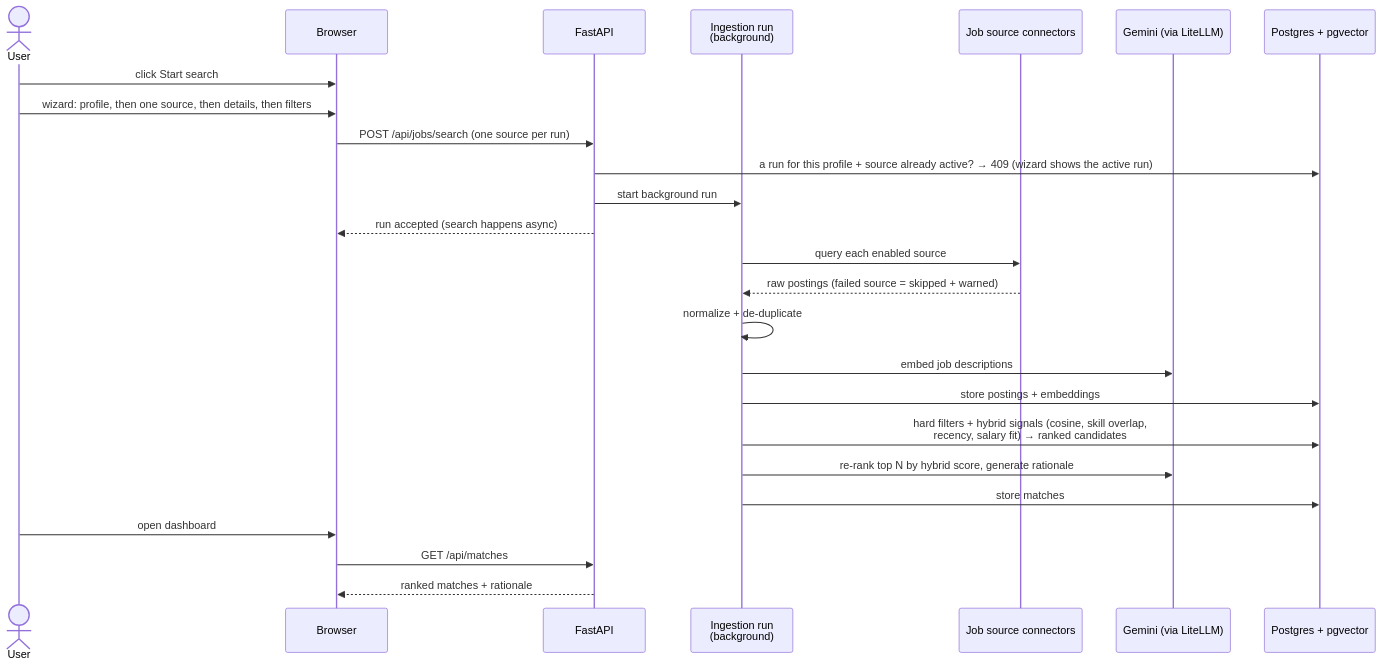
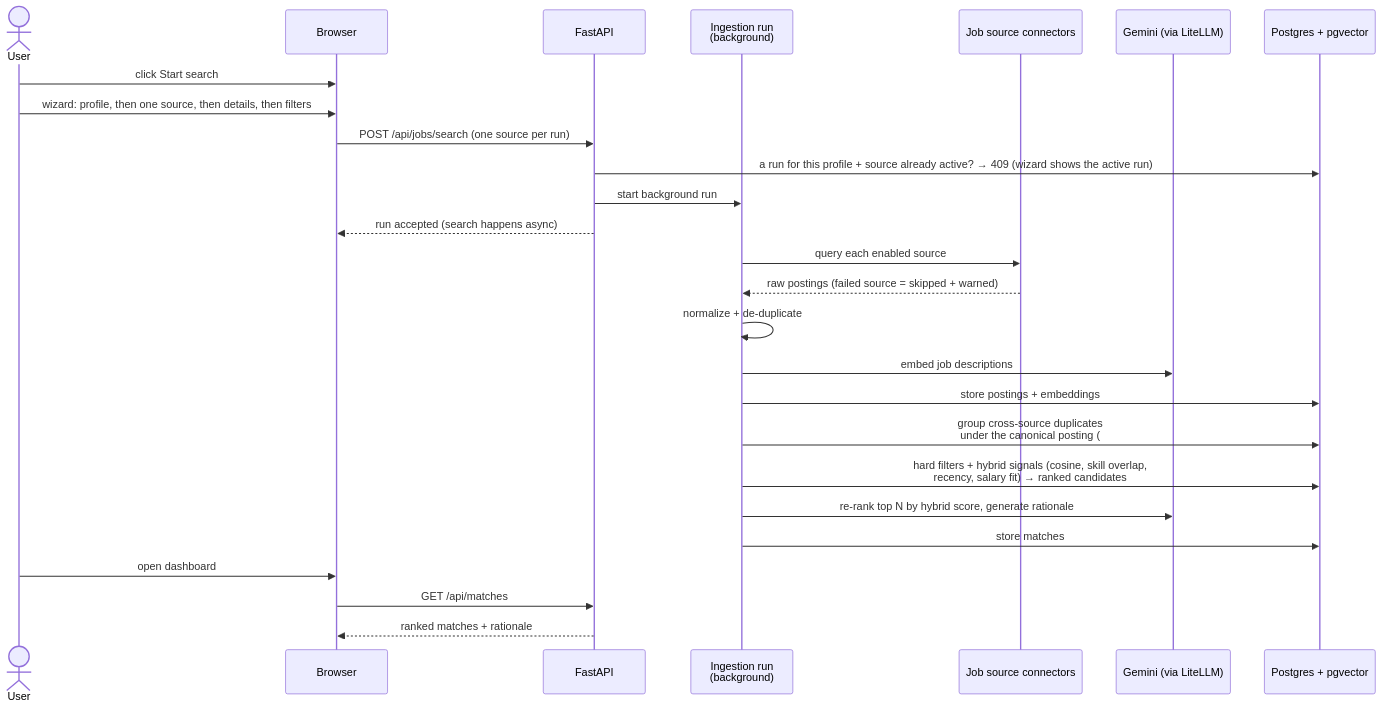
Before and after one commit to MSVhora/ai_job_assistant: the second of 2 diagrams in docs/guide/03-job-discovery-and-matching.md, drawn with Mermaid. The commit also changed other lines of this file and 15 other files, not shown here.

Commit message:
feat(v4/38): cross-source posting dedupe — canonical grouping via pg_trgm, merged canonical rows, match collapse at rescore

````diff
--- a/docs/guide/03-job-discovery-and-matching.md
+++ b/docs/guide/03-job-discovery-and-matching.md
@@ -351,28 +375,29 @@
 ```mermaid
 sequenceDiagram
     actor U as User
     participant B as Browser
     participant A as FastAPI
     participant I as Ingestion run<br/>(background)
     participant C as Job source connectors
     participant G as Gemini (via LiteLLM)
     participant D as Postgres + pgvector
 
     U->>B: click Start search
     U->>B: wizard: profile, then one source, then details, then filters
     B->>A: POST /api/jobs/search (one source per run)
     A->>D: a run for this profile + source already active? → 409 (wizard shows the active run)
     A->>I: start background run
     A-->>B: run accepted (search happens async)
     I->>C: query each enabled source
     C-->>I: raw postings (failed source = skipped + warned)
     I->>I: normalize + de-duplicate
     I->>G: embed job descriptions
     I->>D: store postings + embeddings
+    I->>D: group cross-source duplicates<br/>under the canonical posting (#38)
     I->>D: hard filters + hybrid signals (cosine, skill overlap,<br/>recency, salary fit) → ranked candidates
     I->>G: re-rank top N by hybrid score, generate rationale
     I->>D: store matches
     U->>B: open dashboard
     B->>A: GET /api/matches
     A-->>B: ranked matches + rationale
 ```
````
